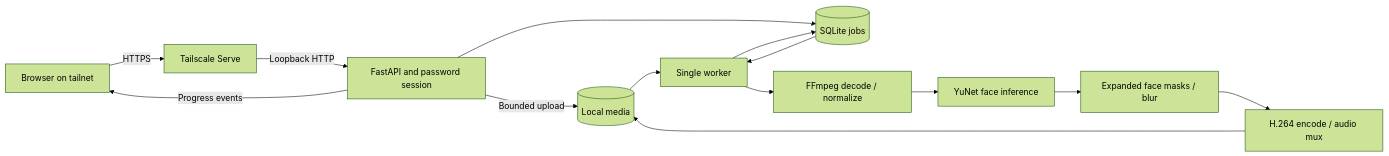
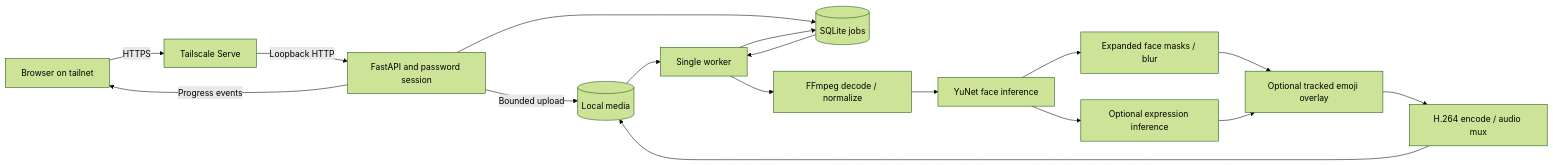
The diagram in docs/architecture.md (ebursa91/veil-video), drawn with Mermaid (forest theme) before and after one commit. The commit also changed other lines of this file and 25 other files, not shown here.

Commit message:
Add expression-matched face emoji effect (#4)

````diff
--- a/docs/architecture.md
+++ b/docs/architecture.md
@@ -5,16 +5,19 @@
 ```mermaid
 flowchart LR
   Phone[Browser on tailnet] -->|HTTPS| TS[Tailscale Serve]
   TS -->|Loopback HTTP| API[FastAPI and password session]
   API -->|Bounded upload| Disk[(Local media)]
   API --> Store[(SQLite jobs)]
   API -->|Progress events| Phone
   Store --> Worker[Single worker]
   Disk --> Worker
   Worker --> Decode[FFmpeg decode / normalize]
   Decode --> Detect[YuNet face inference]
   Detect --> Blur[Expanded face masks / blur]
-  Blur --> Encode[H.264 encode / audio mux]
+  Detect --> Expression[Optional expression inference]
+  Blur --> Emoji[Optional tracked emoji overlay]
+  Expression --> Emoji
+  Emoji --> Encode[H.264 encode / audio mux]
   Encode --> Disk
   Worker --> Store
 ```
````
